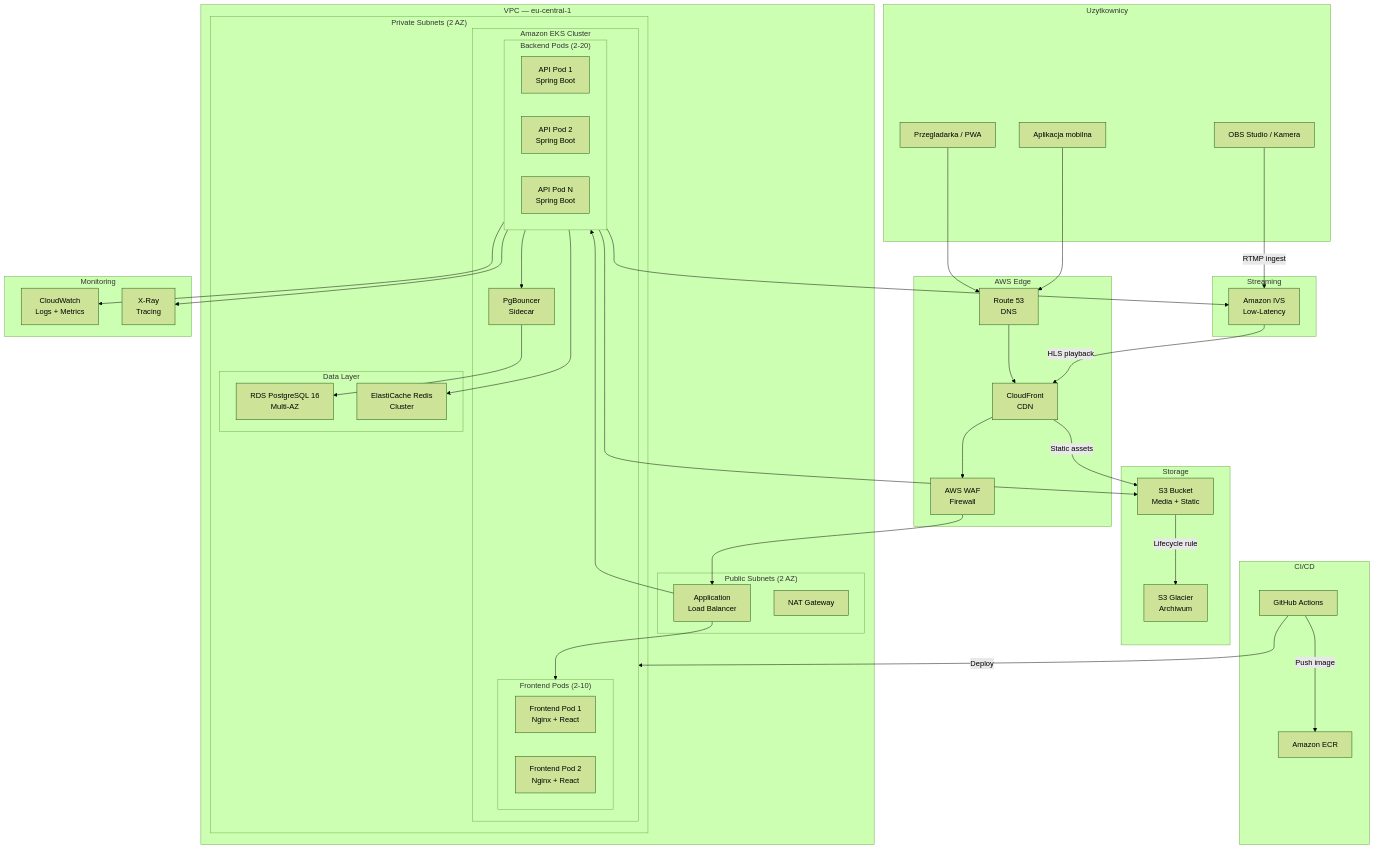
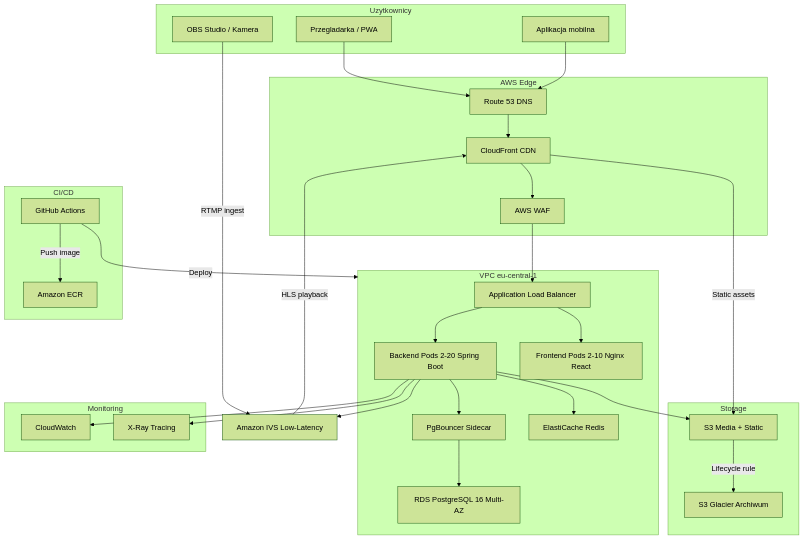
One commit to Zedd93/Padel-Vision changed the first of 8 diagrams in README.md. Above: the diagram before and after it, drawn with Mermaid (forest theme). The commit also changed other lines of this file, not shown here.

Commit message:
Fix Mermaid diagrams rendering on GitHub
- Replace angle brackets (< 5min, < 30min) with text equivalents
  that don't break GitHub's Mermaid parser
- Simplify architecture diagram from 5-level nested subgraphs
  to 2-level flat structure (GitHub render limit)
- Add Mermaid plugin installation note for local preview

````diff
--- a/README.md
+++ b/README.md
@@ -88,80 +94,60 @@
 ```mermaid
 flowchart TB
     subgraph USERS["Uzytkownicy"]
         WEB["Przegladarka / PWA"]
         MOBILE["Aplikacja mobilna"]
         OBS["OBS Studio / Kamera"]
     end
 
-    subgraph AWS_EDGE["AWS Edge"]
-        R53["Route 53<br/>DNS"]
-        CF["CloudFront<br/>CDN"]
-        WAF["AWS WAF<br/>Firewall"]
+    subgraph EDGE["AWS Edge"]
+        R53["Route 53 DNS"]
+        CF["CloudFront CDN"]
+        WAF["AWS WAF"]
     end
 
-    subgraph AWS_NETWORKING["VPC — eu-central-1"]
-        subgraph PUBLIC_SUBNET["Public Subnets (2 AZ)"]
-            ALB["Application<br/>Load Balancer"]
-            NAT["NAT Gateway"]
-        end
-
-        subgraph PRIVATE_SUBNET["Private Subnets (2 AZ)"]
-            subgraph EKS["Amazon EKS Cluster"]
-                subgraph BACKEND_PODS["Backend Pods (2-20)"]
-                    API1["API Pod 1<br/>Spring Boot"]
-                    API2["API Pod 2<br/>Spring Boot"]
-                    APIN["API Pod N<br/>Spring Boot"]
-                end
-                subgraph FRONTEND_PODS["Frontend Pods (2-10)"]
-                    FE1["Frontend Pod 1<br/>Nginx + React"]
-                    FE2["Frontend Pod 2<br/>Nginx + React"]
-                end
-                PGBOUNCER["PgBouncer<br/>Sidecar"]
-            end
-
-            subgraph DATA["Data Layer"]
-                RDS["RDS PostgreSQL 16<br/>Multi-AZ"]
-                REDIS["ElastiCache Redis<br/>Cluster"]
-            end
-        end
+    subgraph VPC["VPC eu-central-1"]
+        ALB["Application Load Balancer"]
+        API["Backend Pods 2-20 Spring Boot"]
+        FE["Frontend Pods 2-10 Nginx React"]
+        PGBOUNCER["PgBouncer Sidecar"]
+        RDS["RDS PostgreSQL 16 Multi-AZ"]
+        REDIS["ElastiCache Redis"]
     end
 
-    subgraph AWS_STORAGE["Storage"]
-        S3["S3 Bucket<br/>Media + Static"]
-        S3_GLACIER["S3 Glacier<br/>Archiwum"]
+    subgraph STORAGE["Storage"]
+        S3["S3 Media + Static"]
+        S3_GLACIER["S3 Glacier Archiwum"]
     end
 
-    subgraph AWS_STREAMING["Streaming"]
-        IVS["Amazon IVS<br/>Low-Latency"]
+    IVS["Amazon IVS Low-Latency"]
+
+    subgraph MONITORING["Monitoring"]
+        CW["CloudWatch"]
+        XRAY["X-Ray Tracing"]
     end
 
-    subgraph AWS_MONITORING["Monitoring"]
-        CW["CloudWatch<br/>Logs + Metrics"]
-        XRAY["X-Ray<br/>Tracing"]
-    end
-
-    subgraph CI_CD["CI/CD"]
+    subgraph CICD["CI/CD"]
         GH["GitHub Actions"]
         ECR["Amazon ECR"]
     end
 
     WEB --> R53
     MOBILE --> R53
     R53 --> CF
     CF --> WAF
     WAF --> ALB
-    CF -->|"Static assets"| S3
-    ALB --> BACKEND_PODS
-    ALB --> FRONTEND_PODS
-    BACKEND_PODS --> PGBOUNCER --> RDS
-    BACKEND_PODS --> REDIS
-    BACKEND_PODS --> S3
-    BACKEND_PODS --> IVS
-    OBS -->|"RTMP ingest"| IVS
-    IVS -->|"HLS playback"| CF
-    S3 -->|"Lifecycle rule"| S3_GLACIER
-    BACKEND_PODS --> CW
-    BACKEND_PODS --> XRAY
-    GH -->|"Push image"| ECR
-    GH -->|"Deploy"| EKS
+    CF -- Static assets --> S3
+    ALB --> API
+    ALB --> FE
+    API --> PGBOUNCER --> RDS
+    API --> REDIS
+    API --> S3
+    API --> IVS
+    OBS -- RTMP ingest --> IVS
+    IVS -- HLS playback --> CF
+    S3 -- Lifecycle rule --> S3_GLACIER
+    API --> CW
+    API --> XRAY
+    GH -- Push image --> ECR
+    GH -- Deploy --> VPC
 ```
````
